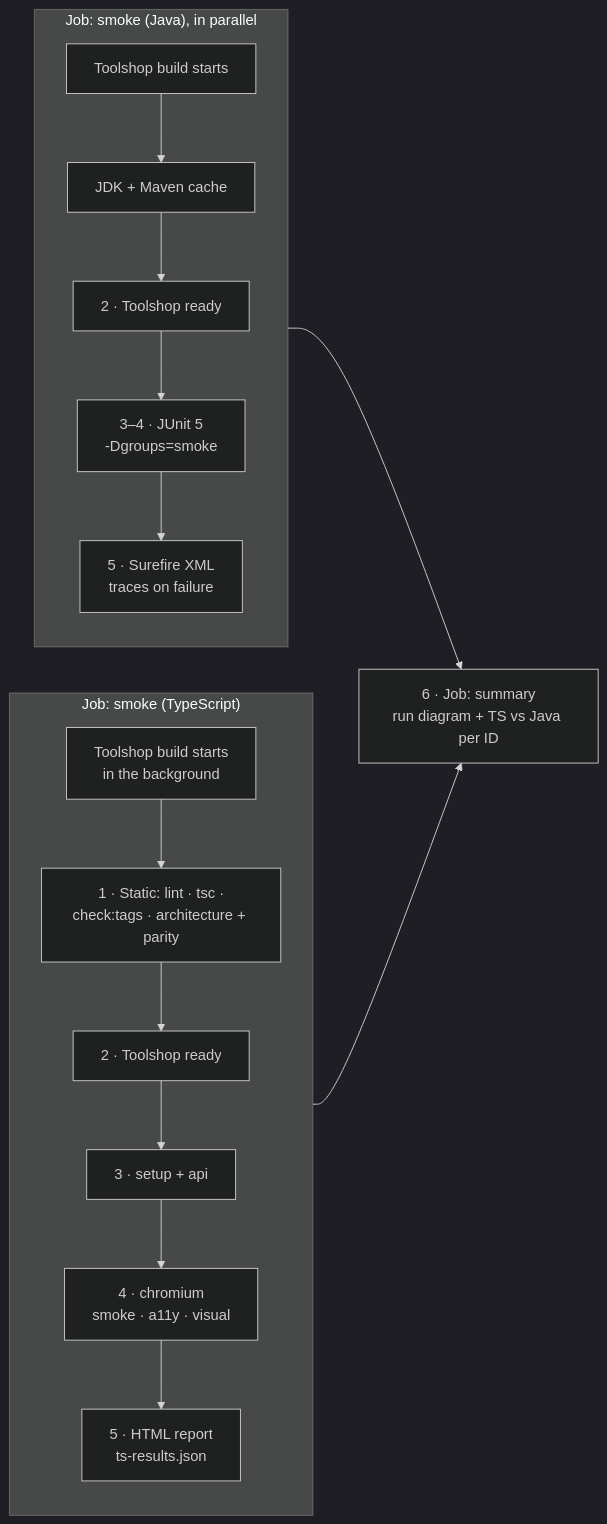
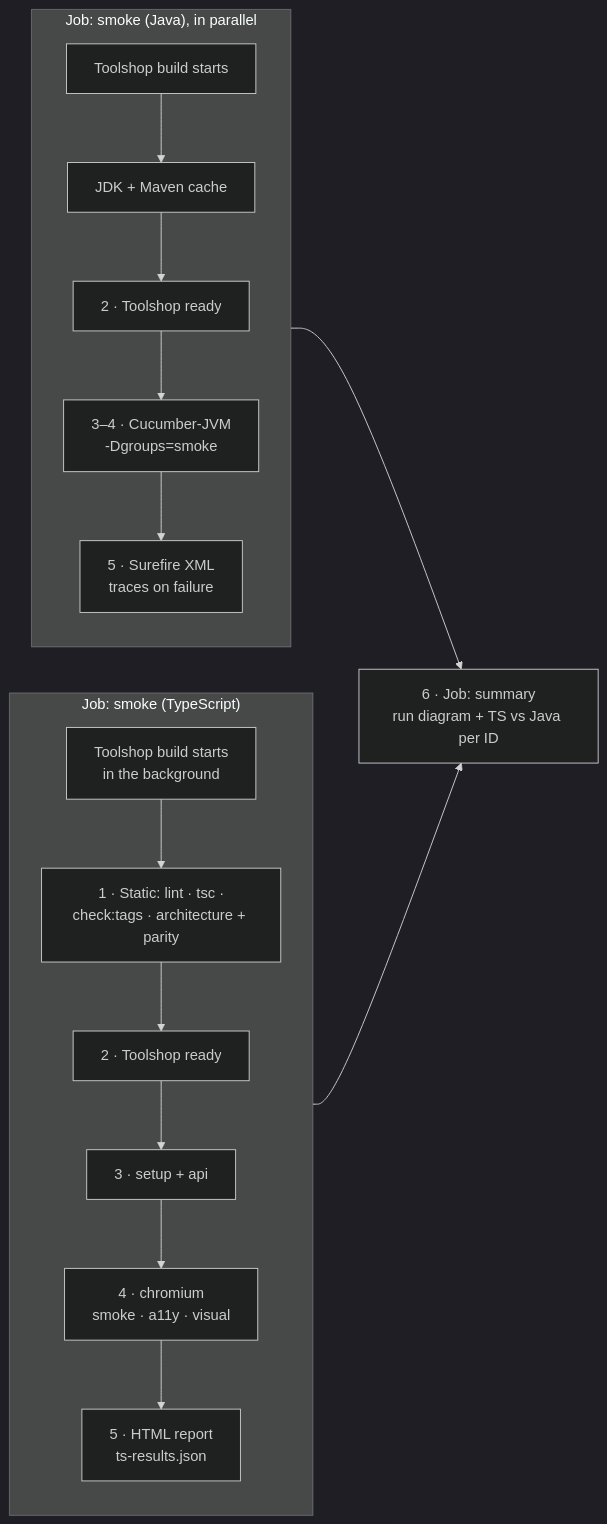
The diagram in docs/test-plan.md (junchunip-hue/playwright-e2e-showcase), drawn with Mermaid (dark theme) before and after one commit. The commit also changed other lines of this file and 27 other files, not shown here.

````diff
--- a/docs/test-plan.md
+++ b/docs/test-plan.md
@@ -19,12 +19,12 @@
 ```mermaid
 flowchart LR
   subgraph TS["Job: smoke (TypeScript)"]
     direction TB
     T0["Toolshop build starts<br/>in the background"] --> T1["1 · Static: lint · tsc ·<br/>check:tags · architecture + parity"] --> T2["2 · Toolshop ready"] --> T3["3 · setup + api"] --> T4["4 · chromium<br/>smoke · a11y · visual"] --> T5["5 · HTML report<br/>ts-results.json"]
   end
   subgraph JV["Job: smoke (Java), in parallel"]
     direction TB
-    J0["Toolshop build starts"] --> J1["JDK + Maven cache"] --> J2["2 · Toolshop ready"] --> J4["3–4 · JUnit 5<br/>-Dgroups=smoke"] --> J5["5 · Surefire XML<br/>traces on failure"]
+    J0["Toolshop build starts"] --> J1["JDK + Maven cache"] --> J2["2 · Toolshop ready"] --> J4["3–4 · Cucumber-JVM<br/>-Dgroups=smoke"] --> J5["5 · Surefire XML<br/>traces on failure"]
   end
   T5 & J5 --> SUM["6 · Job: summary<br/>run diagram + TS vs Java per ID"]
 ```
````
